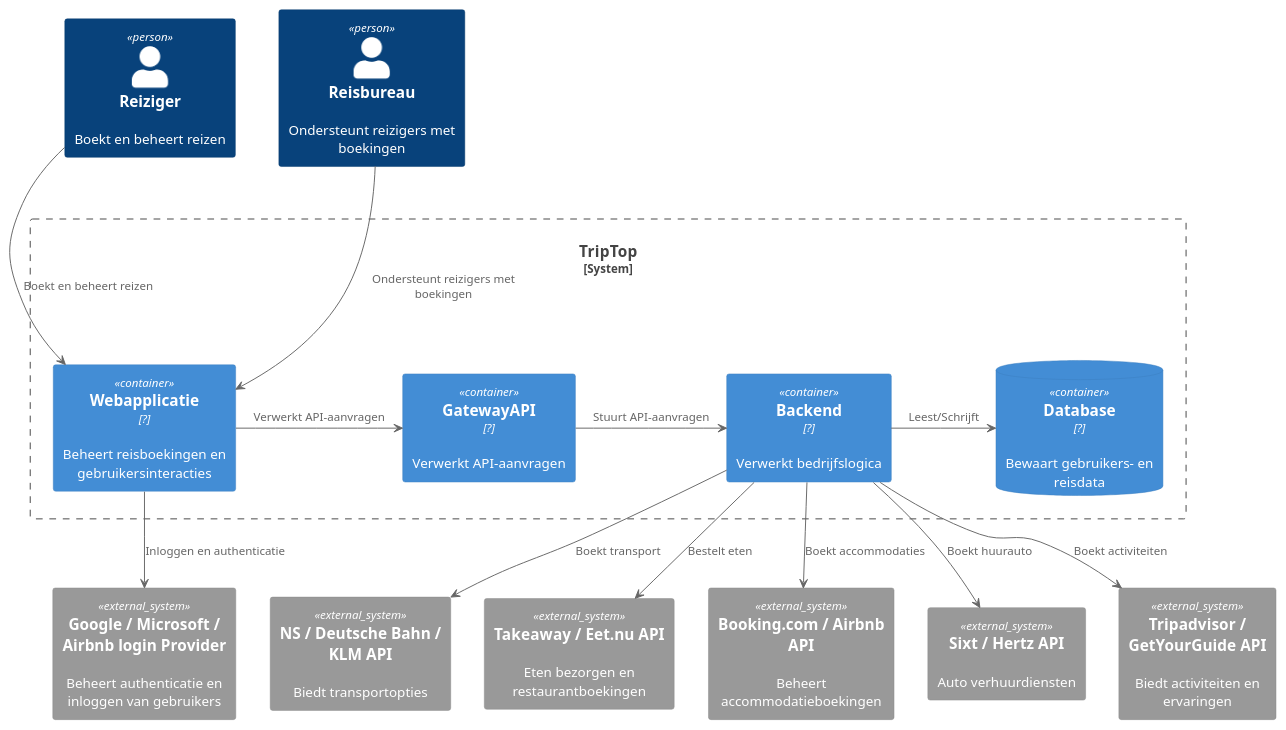
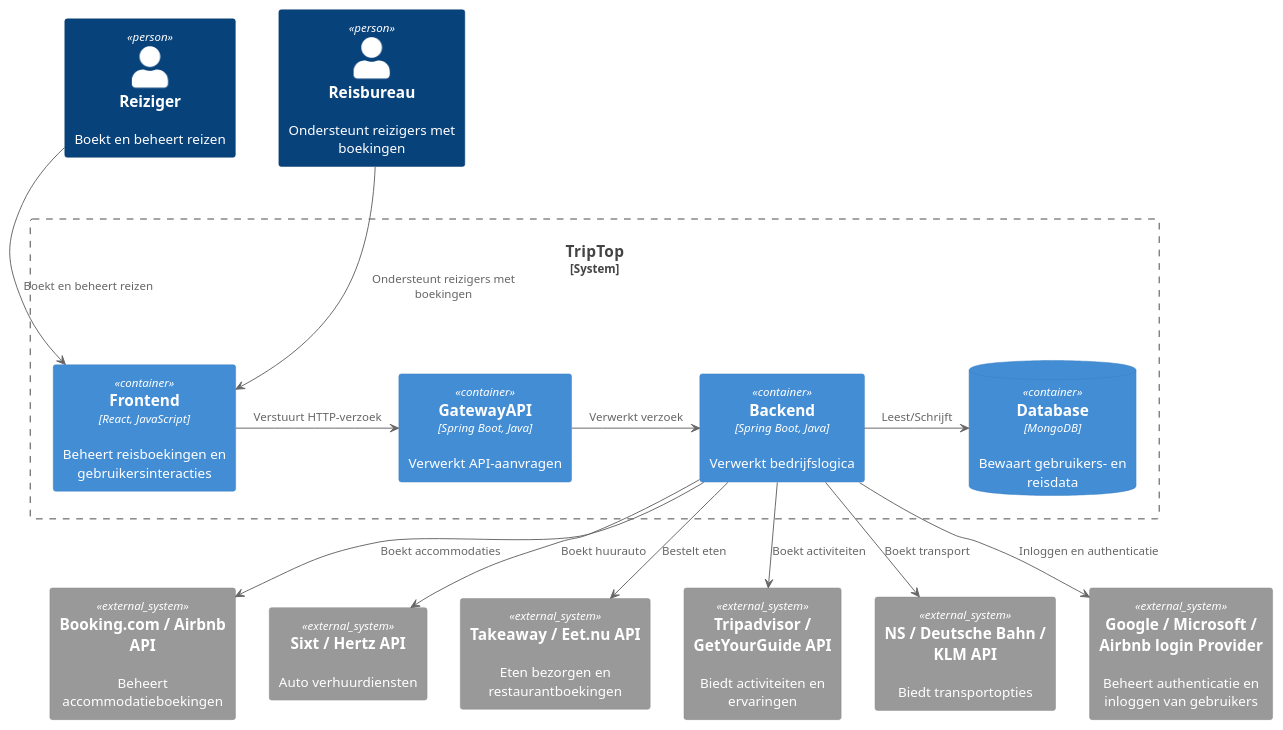
One commit to AIM-ENE-feb25/triptop-groep-3 changed the diagram in opdracht-diagrammen/C4 Container/Static/ContainerDiagram - Jordy.puml. Above: the diagram before and after it, drawn with PlantUML. The commit also changed 2 other files, not shown here.

Commit message:
Feedback week 1 verwerkt

```diff
--- a/opdracht-diagrammen/C4 Container/Static/ContainerDiagram - Jordy.puml
+++ b/opdracht-diagrammen/C4 Container/Static/ContainerDiagram - Jordy.puml
@@ -1,49 +1,49 @@
 @startuml C4_Elements
 !include https://raw.githubusercontent.com/plantuml-stdlib/C4-PlantUML/master/C4_Container.puml
 ' Definieer Gebruikers
 Person(Traveler, "Reiziger", "Boekt en beheert reizen")
 Person(TravelAgent, "Reisbureau", "Ondersteunt reizigers met boekingen")
 
 ' Definieer Systeem
 System_Boundary(TripTop, "TripTop", $link="https://github.com/plantuml-stdlib/C4-PlantUML") {
 
 ' Definieer Containers
-Container(WebApp, "Webapplicatie", "?", "Beheert reisboekingen en gebruikersinteracties")
-Container(GatewayAPI, "GatewayAPI", "?", "Verwerkt API-aanvragen")
-Container(Backend, "Backend", "?", "Verwerkt bedrijfslogica")
-ContainerDb(Database, "Database", "?", "Bewaart gebruikers- en reisdata")
+Container(Frontend, "Frontend", "React, JavaScript", "Beheert reisboekingen en gebruikersinteracties")
+Container(GatewayAPI, "GatewayAPI", "Spring Boot, Java", "Verwerkt API-aanvragen")
+Container(Backend, "Backend", "Spring Boot, Java", "Verwerkt bedrijfslogica")
+ContainerDb(Database, "Database", "MongoDB", "Bewaart gebruikers- en reisdata")
 }
 
 ' Definieer Externe Systemen
 System_Ext(Booking, "Booking.com / Airbnb API", "Beheert accommodatieboekingen")
 System_Ext(Transport, "NS / Deutsche Bahn / KLM API", "Biedt transportopties")
 System_Ext(CarRent, "Sixt / Hertz API", "Auto verhuurdiensten")
 System_Ext(Activities, "Tripadvisor / GetYourGuide API", "Biedt activiteiten en ervaringen")
 System_Ext(Food, "Takeaway / Eet.nu API", "Eten bezorgen en restaurantboekingen")
 System_Ext(IdProvider, "Google / Microsoft / Airbnb login Provider", "Beheert authenticatie en inloggen van gebruikers")
 
 ' Relaties
-Traveler -> WebApp : "Boekt en beheert reizen"
-TravelAgent -> WebApp : "Ondersteunt reizigers met boekingen"
-WebApp -> GatewayAPI : "Verwerkt API-aanvragen"
-GatewayAPI -> Backend : "Stuurt API-aanvragen"
+Traveler -> Frontend : "Boekt en beheert reizen"
+TravelAgent -> Frontend : "Ondersteunt reizigers met boekingen"
+Frontend -> GatewayAPI : "Verstuurt HTTP-verzoek"
+GatewayAPI -> Backend : "Verwerkt verzoek"
 Backend -> Booking : "Boekt accommodaties"
 Backend -> Transport : "Boekt transport"
 Backend -> CarRent : "Boekt huurauto"
 Backend -> Activities : "Boekt activiteiten"
 Backend -> Food : "Bestelt eten"
 Backend -> Database : "Leest/Schrijft"
-WebApp -> IdProvider : "Inloggen en authenticatie"
+Backend -> IdProvider : "Inloggen en authenticatie"
 
 ' Positionering
 Traveler -[hidden]-> TripTop
 TravelAgent -[hidden]-> TripTop
 TripTop -[hidden]-> GatewayAPI
 GatewayAPI -[hidden]-> Booking
 GatewayAPI -[hidden]-> Transport
 GatewayAPI -[hidden]-> CarRent
 GatewayAPI -[hidden]-> Activities
 GatewayAPI -[hidden]-> Food
 GatewayAPI -[hidden]-> IdProvider
 
 @enduml
```
